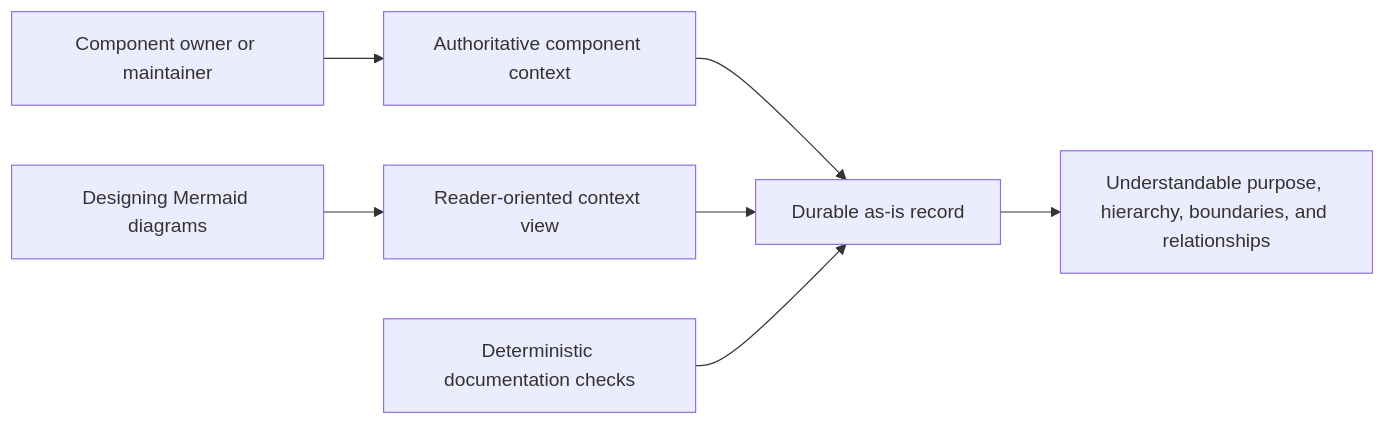
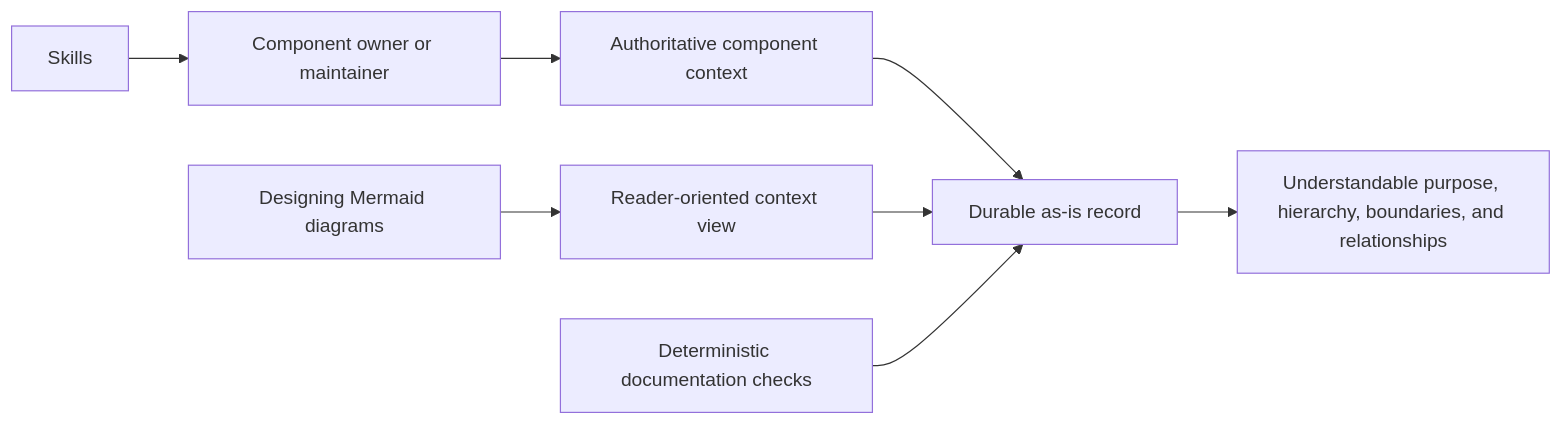
The diagram in skills/managing-as-is-document/as-is.md (abstract-business-systems/as-is), drawn with Mermaid before and after one commit. The commit also changed other lines of this file and 16 other files, not shown here.

Commit message:
docs(skills): add parent navigation to component records

````diff
--- a/skills/managing-as-is-document/as-is.md
+++ b/skills/managing-as-is-document/as-is.md
@@ -22,9 +24,11 @@
 ```mermaid
 flowchart LR
-    AUTHOR[Component owner or maintainer] --> CONTEXT[Authoritative component context]
+    Parent[Skills] --> AUTHOR[Component owner or maintainer] --> CONTEXT[Authoritative component context]
     CONTEXT --> RECORD[Durable as-is record]
     DIAGRAM[Designing Mermaid diagrams] --> VIEW[Reader-oriented context view]
     VIEW --> RECORD
     RECORD --> READER[Understandable purpose, hierarchy, boundaries, and relationships]
     CHECKS[Deterministic documentation checks] --> RECORD
+
+    click Parent href "../as-is.md#design" "Open Skills design"
 ```
````
